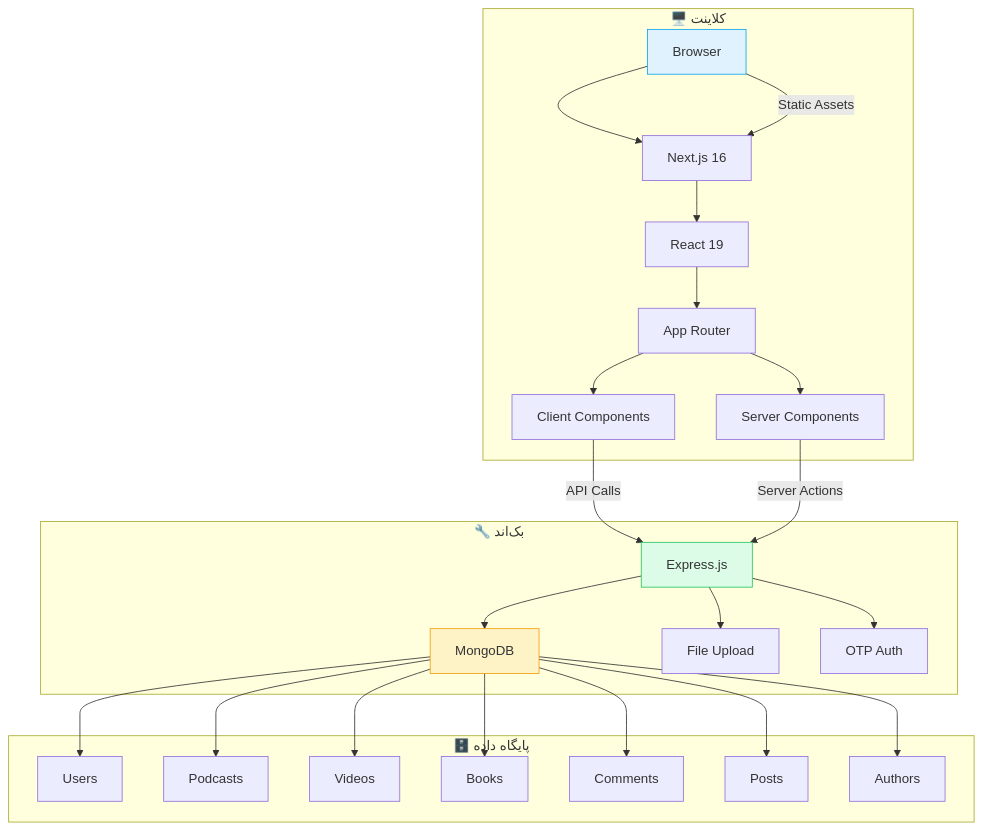
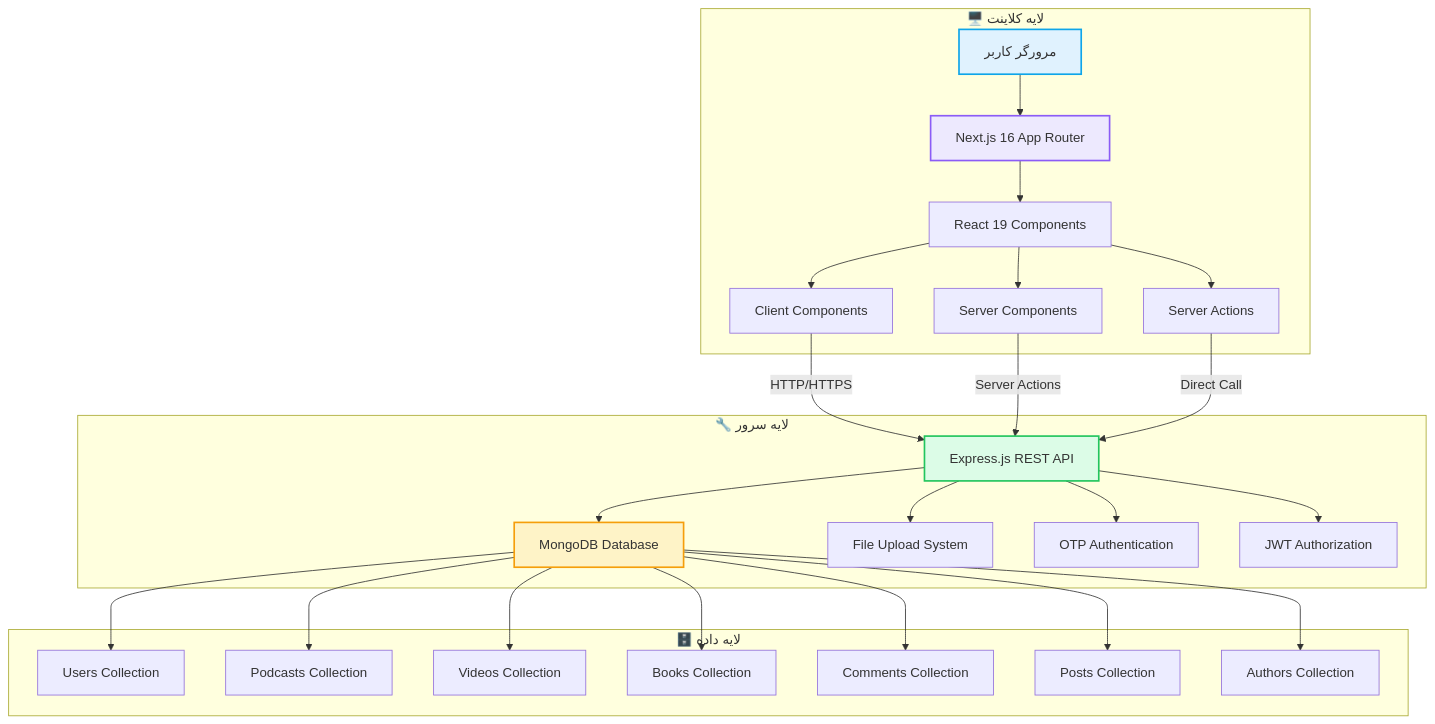
One commit to emadch82/MAHFEL changed the first of 10 diagrams in README.md. Above: the diagram before and after it, drawn with Mermaid. The commit also changed other lines of this file, not shown here.

````diff
--- a/README.md
+++ b/README.md
@@ -86,34 +104,36 @@
 ```mermaid
 graph TB
-    subgraph "🖥️ کلاینت"
-        A[Browser] --> B[Next.js 16]
-        B --> C[React 19]
-        C --> D[App Router]
-        D --> E[Client Components]
-        D --> F[Server Components]
+    subgraph "🖥️ لایه کلاینت"
+        A[مرورگر کاربر] --> B[Next.js 16 App Router]
+        B --> C[React 19 Components]
+        C --> D[Client Components]
+        C --> E[Server Components]
+        C --> F[Server Actions]
     end
 
-    subgraph "🔧 بک‌اند"
-        G[Express.js] --> H[MongoDB]
-        G --> I[File Upload]
-        G --> J[OTP Auth]
+    subgraph "🔧 لایه سرور"
+        G[Express.js REST API] --> H[MongoDB Database]
+        G --> I[File Upload System]
+        G --> J[OTP Authentication]
+        G --> K[JWT Authorization]
     end
 
-    subgraph "🗄️ پایگاه داده"
-        H --> K[Users]
-        H --> L[Podcasts]
-        H --> M[Videos]
-        H --> N[Books]
-        H --> O[Comments]
-        H --> P[Posts]
-        H --> Q[Authors]
+    subgraph "🗄️ لایه داده"
+        H --> L[Users Collection]
+        H --> M[Podcasts Collection]
+        H --> N[Videos Collection]
+        H --> O[Books Collection]
+        H --> P[Comments Collection]
+        H --> Q[Posts Collection]
+        H --> R[Authors Collection]
     end
 
-    E -->|API Calls| G
-    F -->|Server Actions| G
-    A -->|Static Assets| B
+    D -->|HTTP/HTTPS| G
+    E -->|Server Actions| G
+    F -->|Direct Call| G
 
-    style A fill:#e0f2fe,stroke:#0ea5e9
-    style G fill:#dcfce7,stroke:#22c55e
-    style H fill:#fef3c7,stroke:#f59e0b
+    style A fill:#e0f2fe,stroke:#0ea5e9,stroke-width:2px
+    style G fill:#dcfce7,stroke:#22c55e,stroke-width:2px
+    style H fill:#fef3c7,stroke:#f59e0b,stroke-width:2px
+    style B fill:#ede9fe,stroke:#8b5cf6,stroke-width:2px
 ```
````
